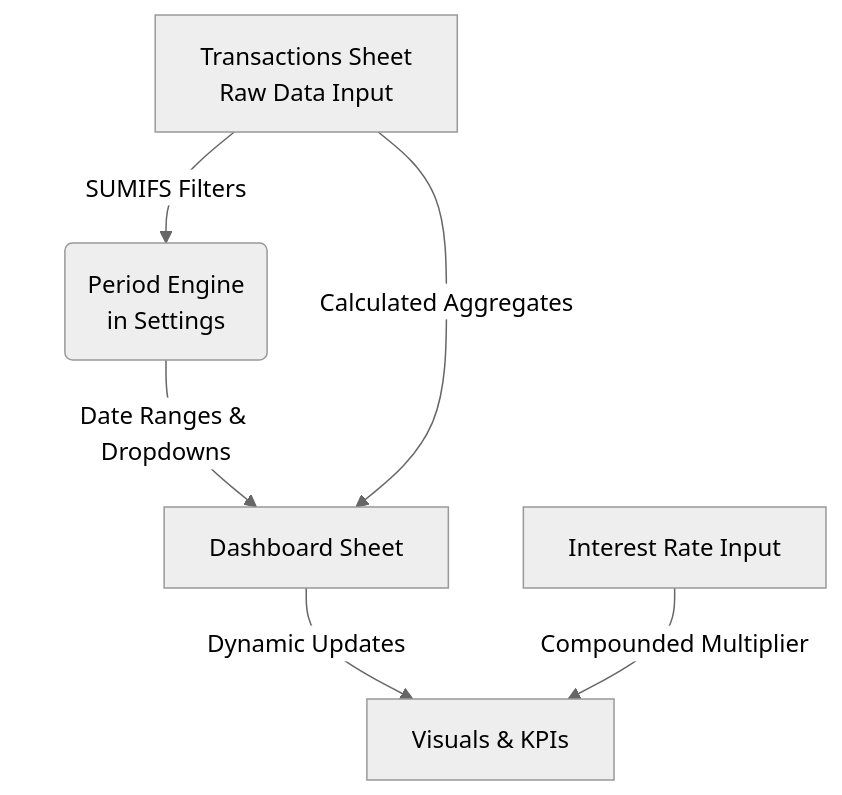
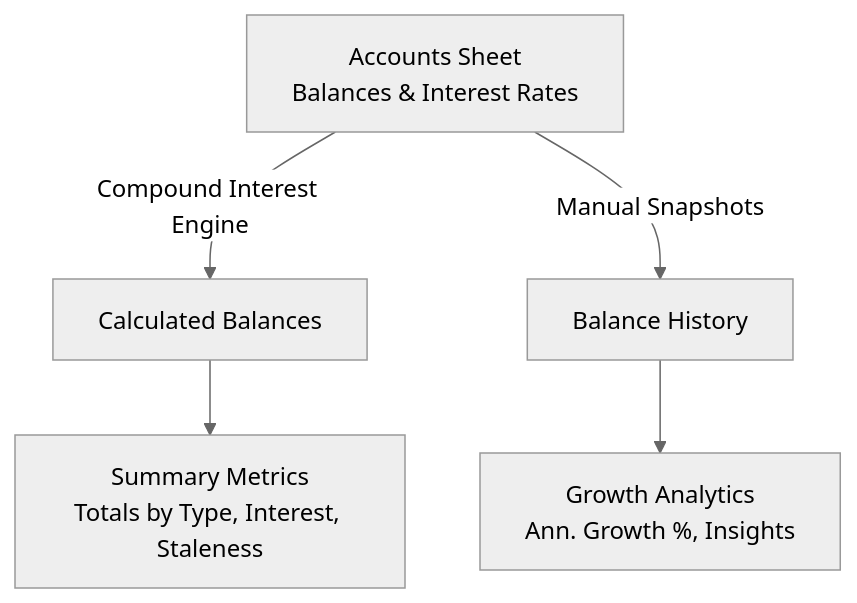
One commit to SecretlySpy/Excel-Spreadsheet-Templates changed the second of 3 diagrams in Tech Stack Setup Guide.md. Above: the diagram before and after it, drawn with Mermaid (neutral theme). The commit also changed other lines of this file and 11 other files, not shown here.

````diff
--- a/Tech Stack Setup Guide.md
+++ b/Tech Stack Setup Guide.md
@@ -23,8 +53,7 @@
 ```mermaid
 graph TD
-    A[Transactions Sheet\nRaw Data Input] -->|SUMIFS Filters| B(Period Engine\nin Settings)
-    B -->|Date Ranges & Dropdowns| C[Dashboard Sheet]
-    A -->|Calculated Aggregates| C
-    C -->|Dynamic Updates| D[Visuals & KPIs]
-    E[Interest Rate Input] -->|Compounded Multiplier| D
+    A[Accounts Sheet<br/>Balances & Interest Rates] -->|Compound Interest Engine| C[Calculated Balances]
+    C --> SM[Summary Metrics<br/>Totals by Type, Interest, Staleness]
+    A -->|Manual Snapshots| BH[Balance History]
+    BH --> GR[Growth Analytics<br/>Ann. Growth %, Insights]
 ```
````
